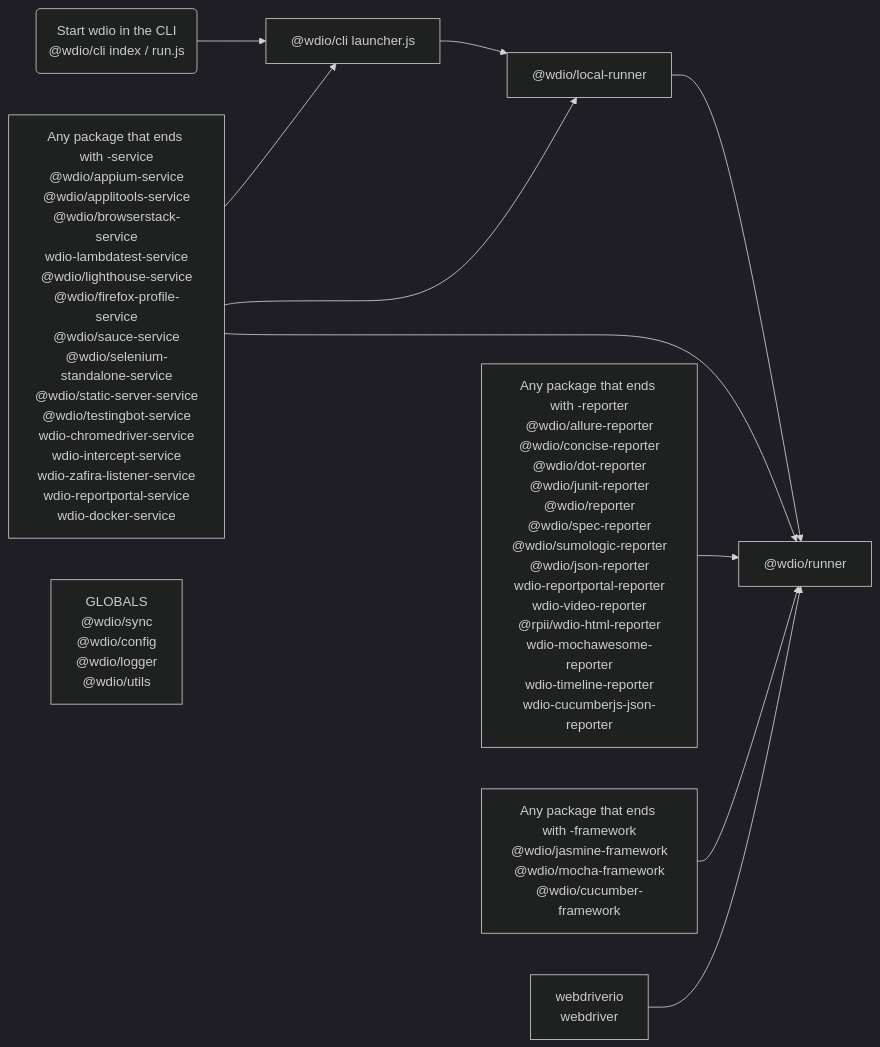
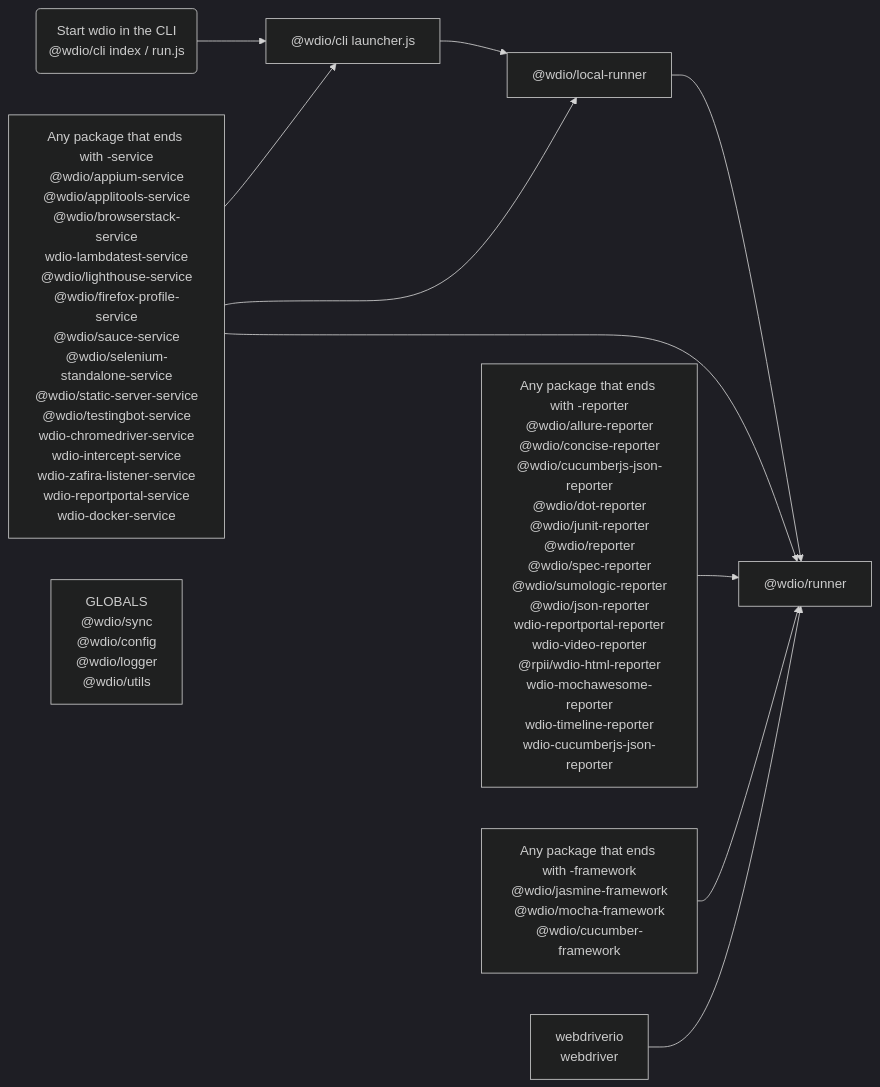
One commit to webdriverio/webdriverio changed the diagram in website/docs/flowcharts/HighLevelOverview.md. Above: the diagram before and after it, drawn with Mermaid (dark theme). The commit also changed 33 other files, not shown here.

First line of the commit message:
feat(@wdio/cucumberjs-json-reporter): move the CucumberJS JSON reporter into the main repository

````diff
--- a/website/docs/flowcharts/HighLevelOverview.md
+++ b/website/docs/flowcharts/HighLevelOverview.md
@@ -8,17 +8,17 @@
 ```mermaid
 graph LR
     START("Start wdio in the CLI<br> @wdio/cli index / run.js")-->
     LAUNCHER["@wdio/cli launcher.js"]-->
     LOCALRUNNER["@wdio/local-runner"]-->
     RUNNER["@wdio/runner"]
     LISTOFSERVICES["Any package that ends with -service<br>@wdio/appium-service<br>@wdio/applitools-service<br>@wdio/browserstack-service<br>wdio-lambdatest-service<br>@wdio/lighthouse-service<br>@wdio/firefox-profile-service<br>@wdio/sauce-service<br>@wdio/selenium-standalone-service<br>@wdio/static-server-service<br>@wdio/testingbot-service<br>wdio-chromedriver-service<br>wdio-intercept-service<br>wdio-zafira-listener-service<br>wdio-reportportal-service<br>wdio-docker-service"]-->
     LAUNCHER
     LISTOFSERVICES-->LOCALRUNNER
     LISTOFSERVICES-->RUNNER
-    REPORTER["Any package that ends with -reporter<br>@wdio/allure-reporter<br>@wdio/concise-reporter<br>@wdio/dot-reporter<br>@wdio/junit-reporter<br>@wdio/reporter<br>@wdio/spec-reporter<br>@wdio/sumologic-reporter<br>@wdio/json-reporter<br>wdio-reportportal-reporter<br>wdio-video-reporter<br>@rpii/wdio-html-reporter<br>wdio-mochawesome-reporter<br>wdio-timeline-reporter<br>wdio-cucumberjs-json-reporter"]-->RUNNER
+    REPORTER["Any package that ends with -reporter<br>@wdio/allure-reporter<br>@wdio/concise-reporter<br>@wdio/cucumberjs-json-reporter<br>@wdio/dot-reporter<br>@wdio/junit-reporter<br>@wdio/reporter<br>@wdio/spec-reporter<br>@wdio/sumologic-reporter<br>@wdio/json-reporter<br>wdio-reportportal-reporter<br>wdio-video-reporter<br>@rpii/wdio-html-reporter<br>wdio-mochawesome-reporter<br>wdio-timeline-reporter<br>wdio-cucumberjs-json-reporter"]-->RUNNER
     FRAMEWORK["Any package that ends with -framework<br>@wdio/jasmine-framework<br>@wdio/mocha-framework<br>@wdio/cucumber-framework<br>"]-->
     RUNNER
     WEBDRIVER["webdriverio<br>webdriver"]-->
     RUNNER
     GLOBAL["GLOBALS<br>@wdio/sync<br>@wdio/config<br>@wdio/logger<br>@wdio/utils"]
 ```
````
